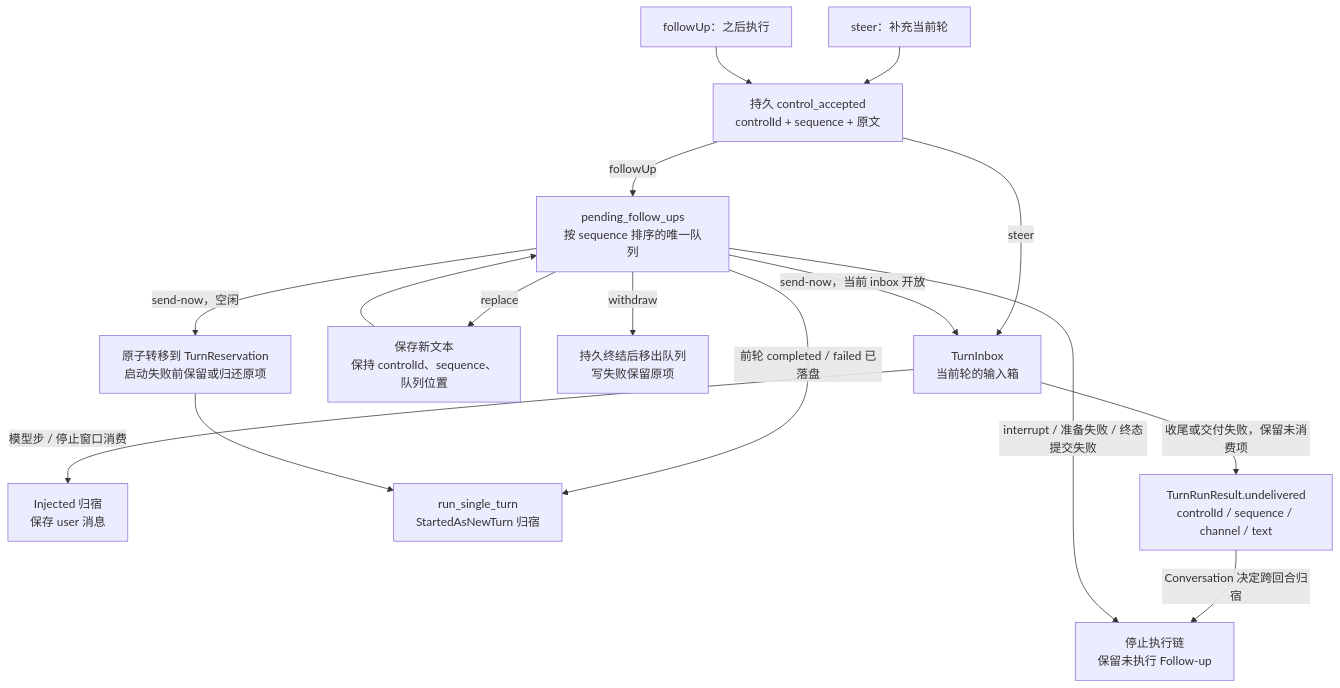
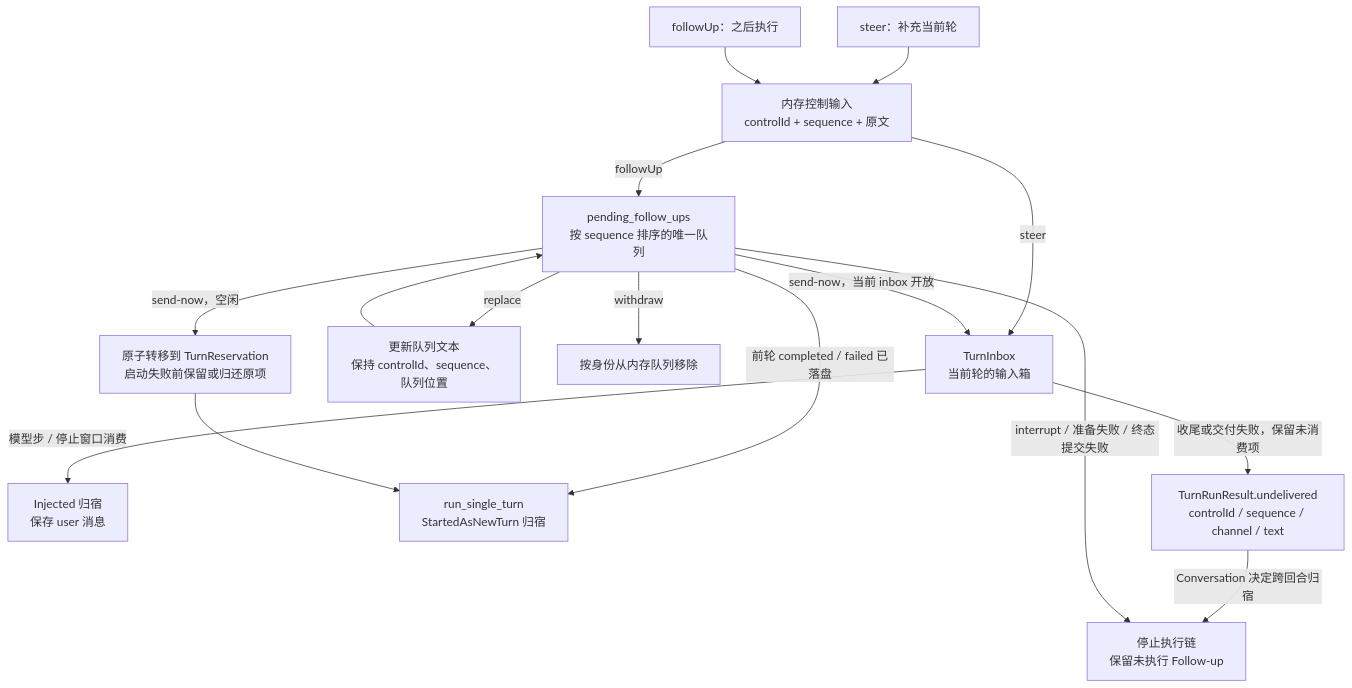
One commit to qjcnmd/singularity-agent changed diagram 16 of 29 in docs/singularity.md. Above: the diagram before and after it, drawn with Mermaid. The commit also changed other lines of this file and 99 other files, not shown here.

````diff
--- a/docs/singularity.md
+++ b/docs/singularity.md
@@ -431,18 +429,18 @@
 ```mermaid
 flowchart TB
-    Steer["steer：补充当前轮"] --> Accepted["持久 control_accepted<br/>controlId + sequence + 原文"]
+    Steer["steer：补充当前轮"] --> Accepted["内存控制输入<br/>controlId + sequence + 原文"]
     Follow["followUp：之后执行"] --> Accepted
     Accepted -->|"steer"| Inbox["TurnInbox<br/>当前轮的输入箱"]
     Accepted -->|"followUp"| Queue["pending_follow_ups<br/>按 sequence 排序的唯一队列"]
     Inbox -->|"模型步 / 停止窗口消费"| Injected["Injected 归宿<br/>保存 user 消息"]
-    Queue -->|"replace"| Replaced["保存新文本<br/>保持 controlId、sequence、队列位置"]
+    Queue -->|"replace"| Replaced["更新队列文本<br/>保持 controlId、sequence、队列位置"]
     Replaced --> Queue
-    Queue -->|"withdraw"| Withdrawn["持久终结后移出队列<br/>写失败保留原项"]
+    Queue -->|"withdraw"| Withdrawn["按身份从内存队列移除"]
     Queue -->|"send-now，当前 inbox 开放"| Inbox
     Queue -->|"send-now，空闲"| Reserve["原子转移到 TurnReservation<br/>启动失败前保留或归还原项"]
     Queue -->|"前轮 completed / failed 已落盘"| Next["run_single_turn<br/>StartedAsNewTurn 归宿"]
     Reserve --> Next
     Inbox -->|"收尾或交付失败，保留未消费项"| Handoff["TurnRunResult.undelivered<br/>controlId / sequence / channel / text"]
     Handoff -->|"Conversation 决定跨回合归宿"| Retain
     Queue -->|"interrupt / 准备失败 / 终态提交失败"| Retain["停止执行链<br/>保留未执行 Follow-up"]
 ```
````
